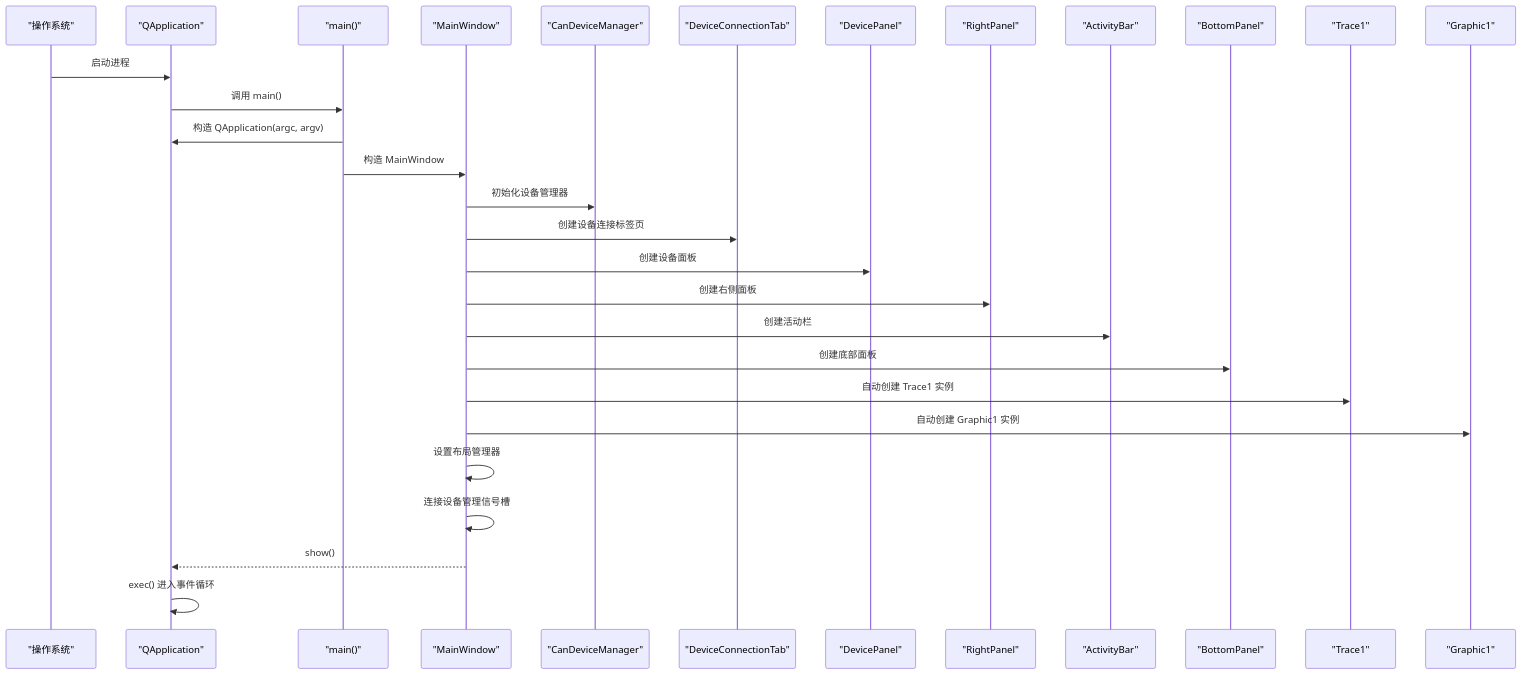
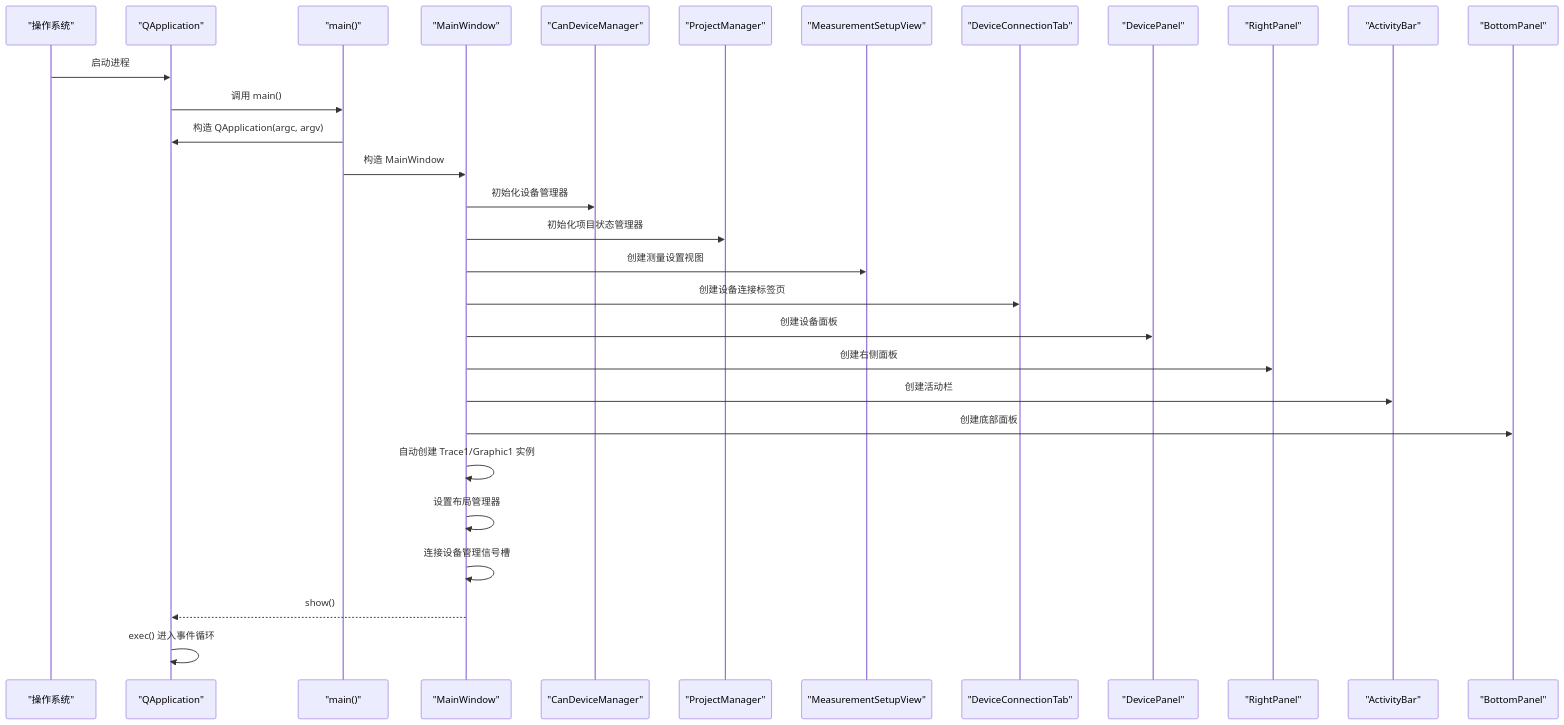
Before and after one commit to jakecai1225-design/OpenBus: the second of 10 diagrams in .qoder/repowiki/zh/content/核心模块详解/主窗口组件.md, drawn with Mermaid. The commit also changed other lines of this file and 109 other files, not shown here.

````diff
--- a/.qoder/repowiki/zh/content/核心模块详解/主窗口组件.md
+++ b/.qoder/repowiki/zh/content/核心模块详解/主窗口组件.md
@@ -126,31 +137,32 @@
 ```mermaid
 sequenceDiagram
 participant OS as "操作系统"
 participant App as "QApplication"
 participant Main as "main()"
 participant MW as "MainWindow"
 participant CDM as "CanDeviceManager"
+participant PM as "ProjectManager"
+participant MSV as "MeasurementSetupView"
 participant DCT as "DeviceConnectionTab"
 participant DP as "DevicePanel"
 participant RP as "RightPanel"
 participant AB as "ActivityBar"
 participant BP as "BottomPanel"
-participant T1 as "Trace1"
-participant G1 as "Graphic1"
 OS->>App : 启动进程
 App->>Main : 调用 main()
 Main->>App : 构造 QApplication(argc, argv)
 Main->>MW : 构造 MainWindow
 MW->>CDM : 初始化设备管理器
+MW->>PM : 初始化项目状态管理器
+MW->>MSV : 创建测量设置视图
 MW->>DCT : 创建设备连接标签页
 MW->>DP : 创建设备面板
 MW->>RP : 创建右侧面板
 MW->>AB : 创建活动栏
 MW->>BP : 创建底部面板
-MW->>T1 : 自动创建 Trace1 实例
-MW->>G1 : 自动创建 Graphic1 实例
+MW->>MW : 自动创建 Trace1/Graphic1 实例
 MW->>MW : 设置布局管理器
 MW->>MW : 连接设备管理信号槽
 MW-->>App : show()
 App->>App : exec() 进入事件循环
 ```
````
